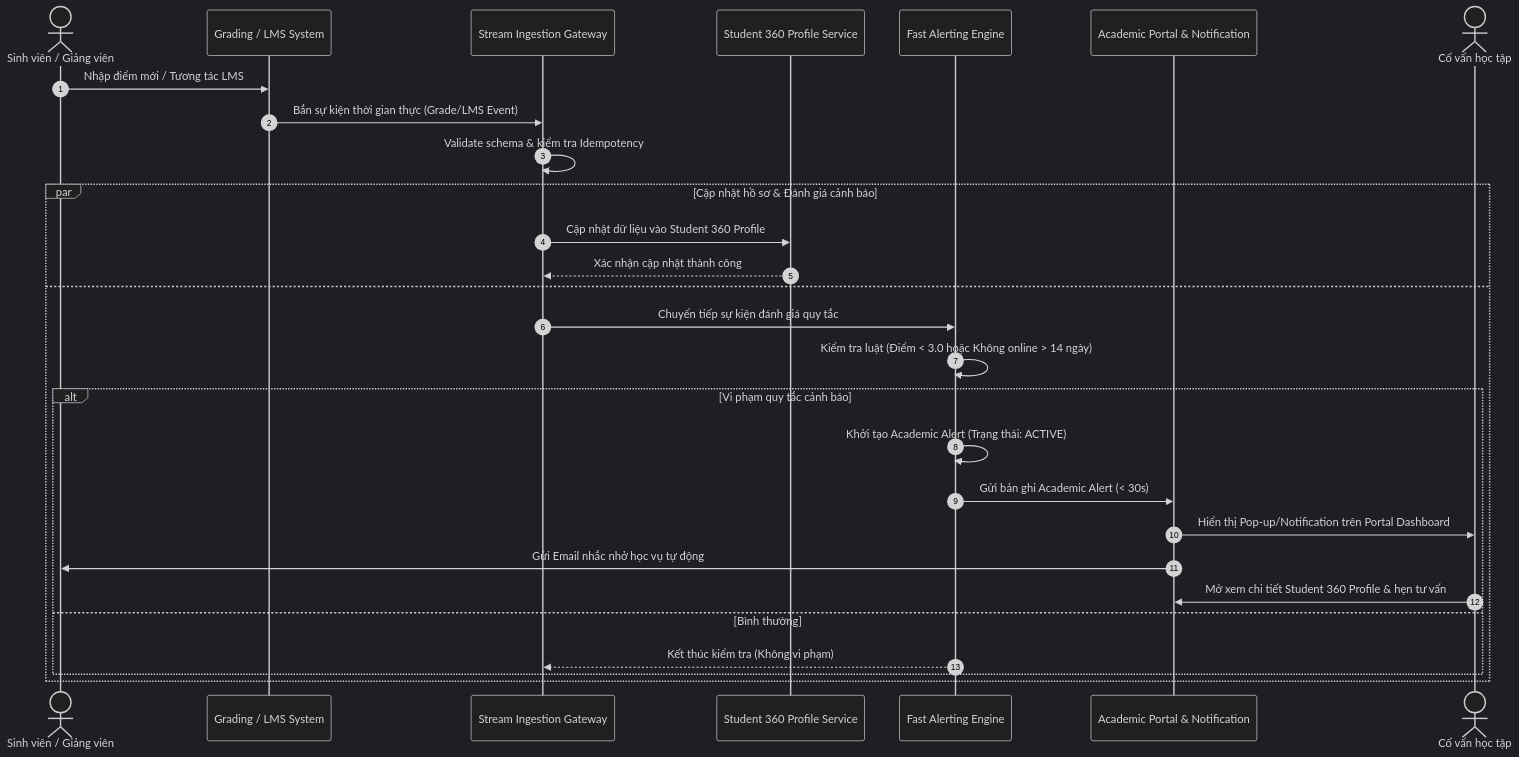
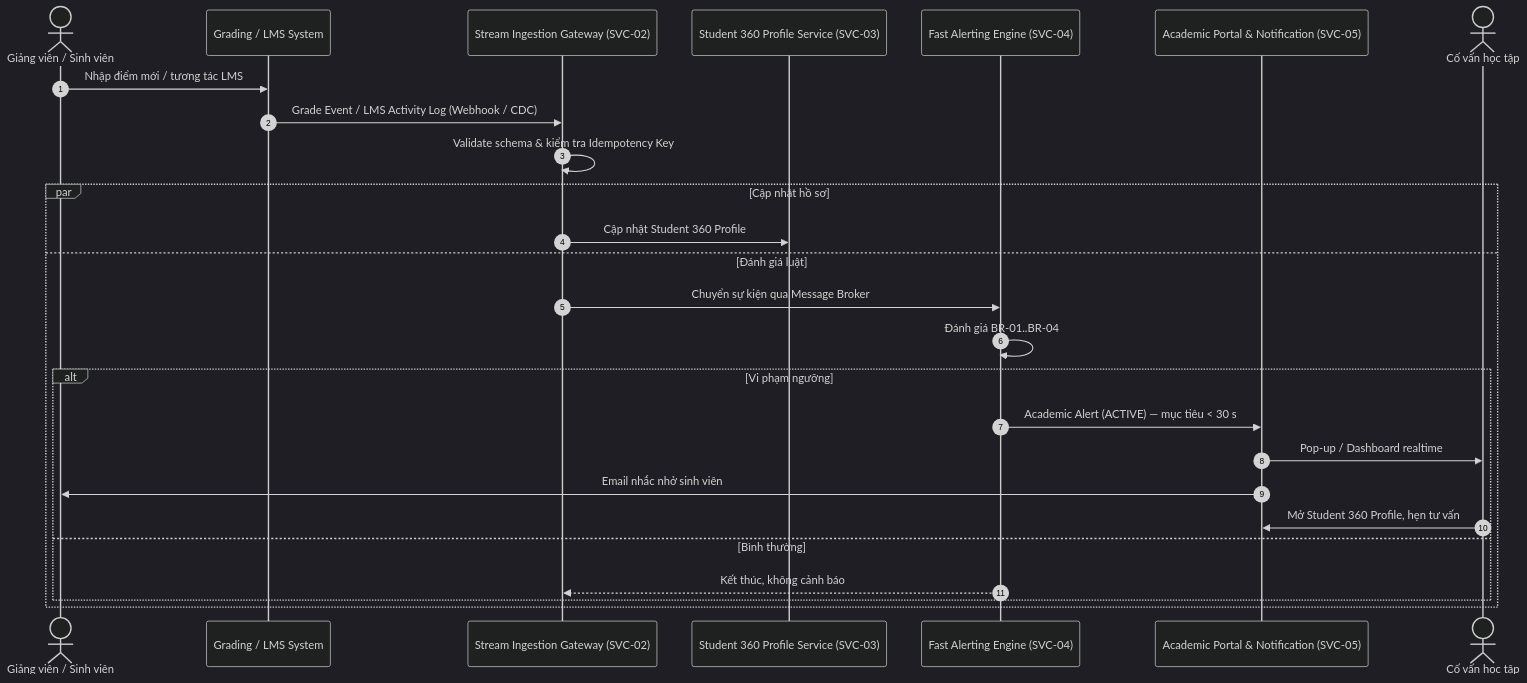
One commit to dsuy1210/BTL_IT4350 changed the diagram in docs/02_tv2_core_student360/01_fr_bpmn_core.md. Above: the diagram before and after it, drawn with Mermaid (dark theme). The commit also changed other lines of this file and 26 other files, not shown here.

````diff
--- a/docs/02_tv2_core_student360/01_fr_bpmn_core.md
+++ b/docs/02_tv2_core_student360/01_fr_bpmn_core.md
@@ -35,31 +94,29 @@
 ```mermaid
 sequenceDiagram
     autonumber
-    actor SV as Sinh viên / Giảng viên
+    actor GV as Giảng viên / Sinh viên
     participant GS as Grading / LMS System
-    participant SIG as Stream Ingestion Gateway
-    participant S360 as Student 360 Profile Service
-    participant FAE as Fast Alerting Engine
-    participant APN as Academic Portal & Notification
+    participant SIG as Stream Ingestion Gateway (SVC-02)
+    participant S360 as Student 360 Profile Service (SVC-03)
+    participant FAE as Fast Alerting Engine (SVC-04)
+    participant APN as Academic Portal & Notification (SVC-05)
     actor CV as Cố vấn học tập
 
-    SV->>GS: Nhập điểm mới / Tương tác LMS
-    GS->>SIG: Bắn sự kiện thời gian thực (Grade/LMS Event)
-    SIG->>SIG: Validate schema & kiểm tra Idempotency
-    par Cập nhật hồ sơ & Đánh giá cảnh báo
-        SIG->>S360: Cập nhật dữ liệu vào Student 360 Profile
-        S360-->>SIG: Xác nhận cập nhật thành công
-    and
-        SIG->>FAE: Chuyển tiếp sự kiện đánh giá quy tắc
-        FAE->>FAE: Kiểm tra luật (Điểm < 3.0 hoặc Không online > 14 ngày)
-        alt Vi phạm quy tắc cảnh báo
-            FAE->>FAE: Khởi tạo Academic Alert (Trạng thái: ACTIVE)
-            FAE->>APN: Gửi bản ghi Academic Alert (< 30s)
-            APN->>CV: Hiển thị Pop-up/Notification trên Portal Dashboard
-            APN->>SV: Gửi Email nhắc nhở học vụ tự động
-            CV->>APN: Mở xem chi tiết Student 360 Profile & hẹn tư vấn
+    GV->>GS: Nhập điểm mới / tương tác LMS
+    GS->>SIG: Grade Event / LMS Activity Log (Webhook / CDC)
+    SIG->>SIG: Validate schema & kiểm tra Idempotency Key
+    par Cập nhật hồ sơ
+        SIG->>S360: Cập nhật Student 360 Profile
+    and Đánh giá luật
+        SIG->>FAE: Chuyển sự kiện qua Message Broker
+        FAE->>FAE: Đánh giá BR-01..BR-04
+        alt Vi phạm ngưỡng
+            FAE->>APN: Academic Alert (ACTIVE) — mục tiêu < 30 s
+            APN->>CV: Pop-up / Dashboard realtime
+            APN->>GV: Email nhắc nhở sinh viên
+            CV->>APN: Mở Student 360 Profile, hẹn tư vấn
         else Bình thường
-            FAE-->>SIG: Kết thúc kiểm tra (Không vi phạm)
+            FAE-->>SIG: Kết thúc, không cảnh báo
         end
     end
 ```
````
